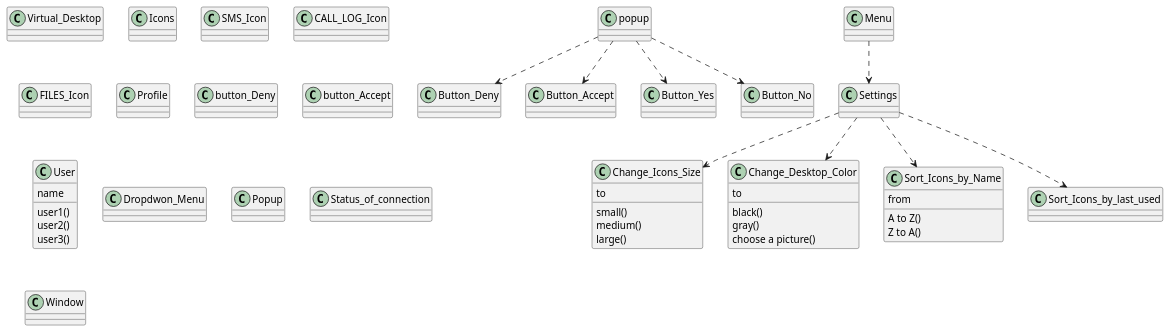
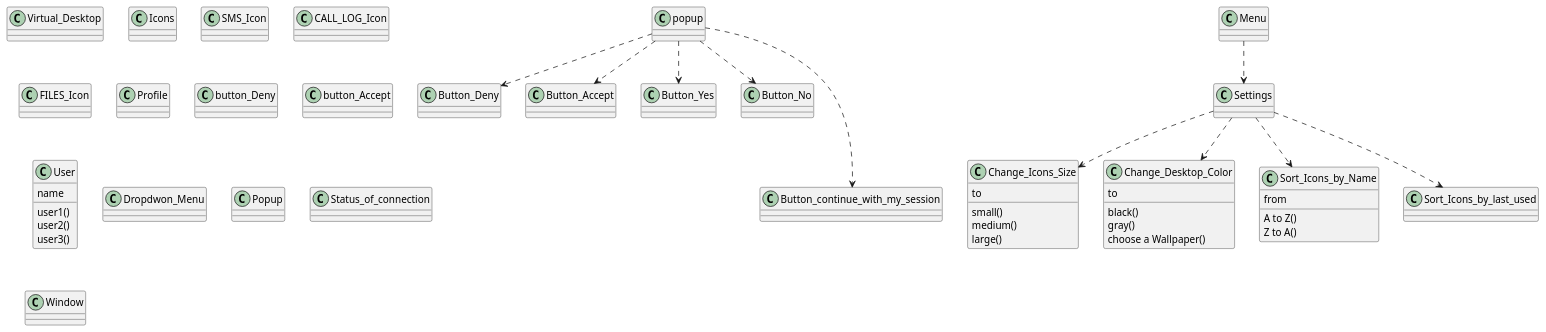
Before and after one commit to ofrasia/Remote_Phone_App_1: the diagram in Class Diagram.puml, drawn with PlantUML. The commit also changed 3 other files, not shown here.

```diff
--- a/Class Diagram.puml
+++ b/Class Diagram.puml
@@ -1,71 +1,72 @@
 @startuml
 class Virtual_Desktop {
 }
 class Icons {
 }
 class SMS_Icon {
 }
 class CALL_LOG_Icon {
 }
 class FILES_Icon {
 }
 class Profile {
 }
 class button_Deny {
 }
 class button_Accept
 popup ..> Button_Deny
 popup ..>Button_Accept
 popup ..> Button_Yes
 popup ..> Button_No
+popup -.-> Button_continue_with_my_session
 
 class Change_Icons_Size {
 to
 small()
 medium()
 large()
 }
 
 class Change_Desktop_Color {
 to
 black()
 gray()
-choose a picture()
+choose a Wallpaper()
 }
 
 class Sort_Icons_by_Name {
 from
 A to Z()
 Z to A()
 }
 
 
 
 Menu ..> Settings
 Settings ..> Change_Icons_Size
 Settings ..> Change_Desktop_Color
 Settings ..> Sort_Icons_by_Name
 Settings ..> Sort_Icons_by_last_used
 
 class User {
 name
 user1()
 user2()
 user3()
 }
 class Dropdwon_Menu {
 }
 class Popup {
 }
 class Settings {
 }
 class Status_of_connection {
 }
 class Window {
 }
 class Button_Yes {
 }
 class Button_No {
 }
 
 @enduml
```
